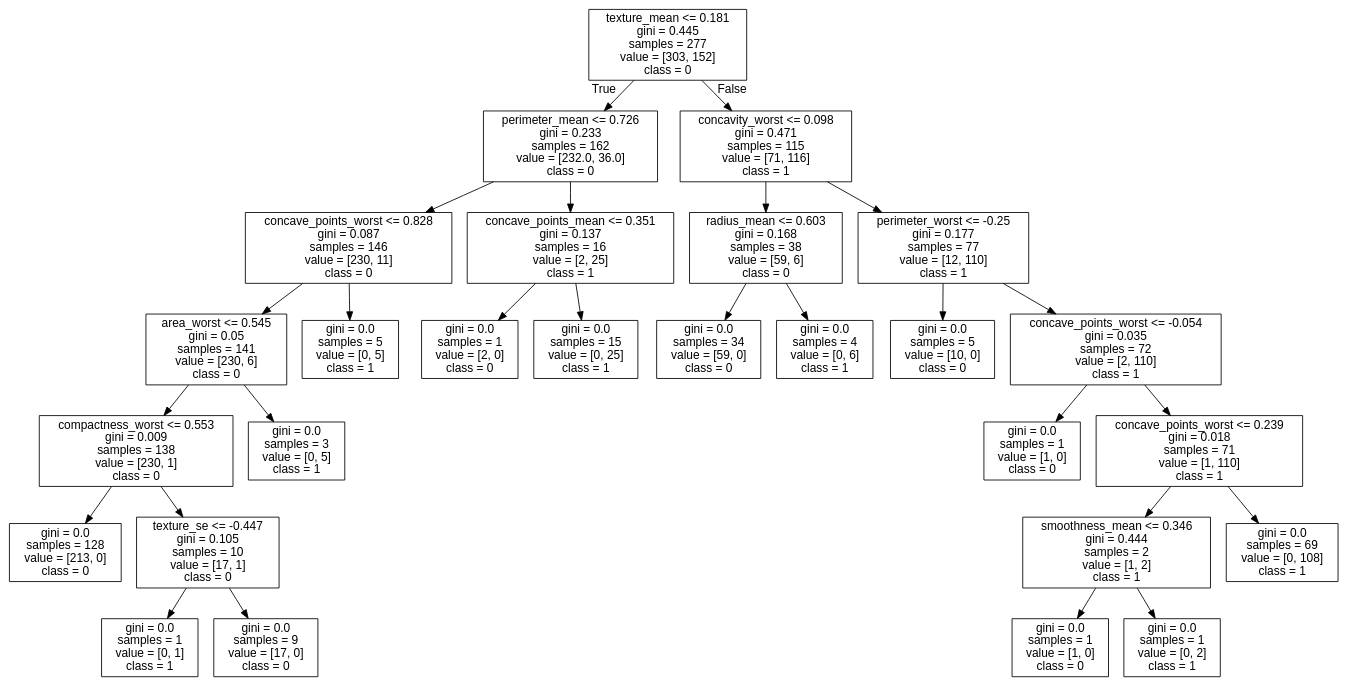
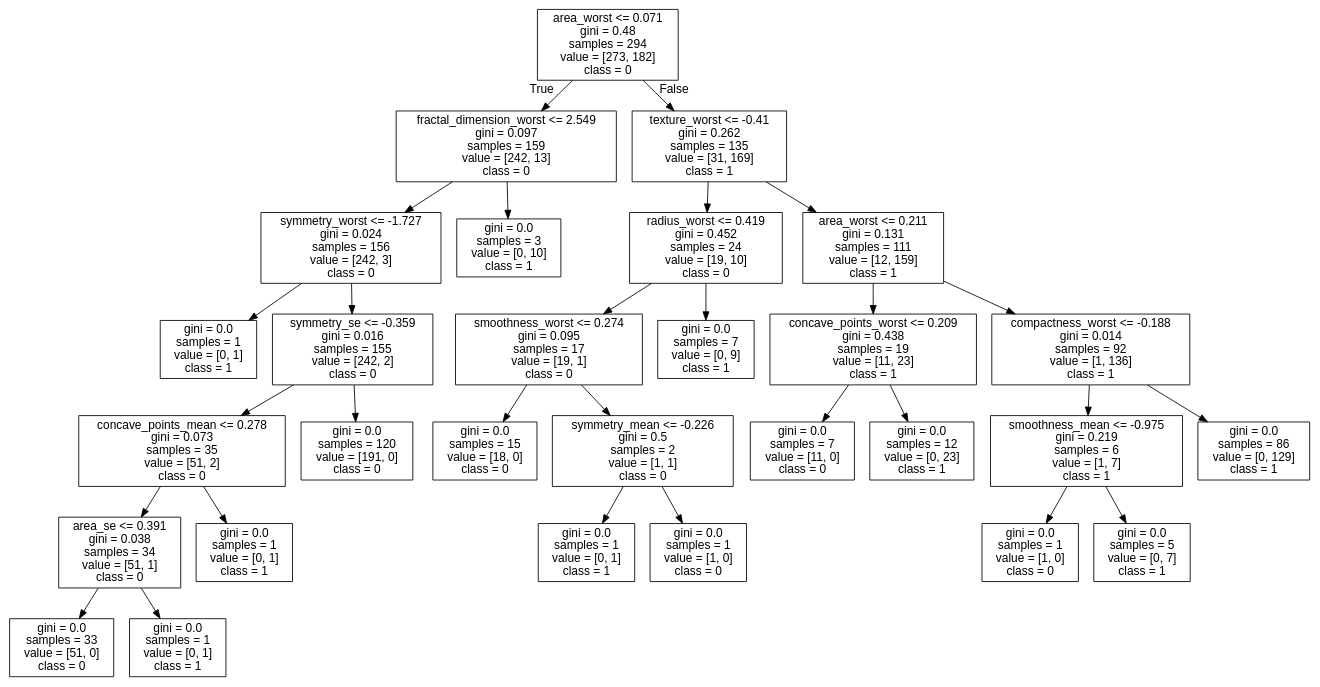
The diagram in demos/data/breast-cancer/tree.dot (cyrilvincent/AI), drawn with Graphviz before and after one commit. The commit also changed 15 other files, not shown here.

```diff
--- a/demos/data/breast-cancer/tree.dot
+++ b/demos/data/breast-cancer/tree.dot
@@ -1,57 +1,61 @@
 digraph Tree {
 node [shape=box, fontname="helvetica"] ;
 edge [fontname="helvetica"] ;
-0 [label="texture_mean <= 0.181\ngini = 0.445\nsamples = 277\nvalue = [303, 152]\nclass = 0"] ;
-1 [label="perimeter_mean <= 0.726\ngini = 0.233\nsamples = 162\nvalue = [232.0, 36.0]\nclass = 0"] ;
+0 [label="area_worst <= 0.071\ngini = 0.48\nsamples = 294\nvalue = [273, 182]\nclass = 0"] ;
+1 [label="fractal_dimension_worst <= 2.549\ngini = 0.097\nsamples = 159\nvalue = [242, 13]\nclass = 0"] ;
 0 -> 1 [labeldistance=2.5, labelangle=45, headlabel="True"] ;
-2 [label="concave_points_worst <= 0.828\ngini = 0.087\nsamples = 146\nvalue = [230, 11]\nclass = 0"] ;
+2 [label="symmetry_worst <= -1.727\ngini = 0.024\nsamples = 156\nvalue = [242, 3]\nclass = 0"] ;
 1 -> 2 ;
-3 [label="area_worst <= 0.545\ngini = 0.05\nsamples = 141\nvalue = [230, 6]\nclass = 0"] ;
+3 [label="gini = 0.0\nsamples = 1\nvalue = [0, 1]\nclass = 1"] ;
 2 -> 3 ;
-4 [label="compactness_worst <= 0.553\ngini = 0.009\nsamples = 138\nvalue = [230, 1]\nclass = 0"] ;
-3 -> 4 ;
-5 [label="gini = 0.0\nsamples = 128\nvalue = [213, 0]\nclass = 0"] ;
+4 [label="symmetry_se <= -0.359\ngini = 0.016\nsamples = 155\nvalue = [242, 2]\nclass = 0"] ;
+2 -> 4 ;
+5 [label="concave_points_mean <= 0.278\ngini = 0.073\nsamples = 35\nvalue = [51, 2]\nclass = 0"] ;
 4 -> 5 ;
-6 [label="texture_se <= -0.447\ngini = 0.105\nsamples = 10\nvalue = [17, 1]\nclass = 0"] ;
-4 -> 6 ;
-7 [label="gini = 0.0\nsamples = 1\nvalue = [0, 1]\nclass = 1"] ;
+6 [label="area_se <= 0.391\ngini = 0.038\nsamples = 34\nvalue = [51, 1]\nclass = 0"] ;
+5 -> 6 ;
+7 [label="gini = 0.0\nsamples = 33\nvalue = [51, 0]\nclass = 0"] ;
 6 -> 7 ;
-8 [label="gini = 0.0\nsamples = 9\nvalue = [17, 0]\nclass = 0"] ;
+8 [label="gini = 0.0\nsamples = 1\nvalue = [0, 1]\nclass = 1"] ;
 6 -> 8 ;
-9 [label="gini = 0.0\nsamples = 3\nvalue = [0, 5]\nclass = 1"] ;
-3 -> 9 ;
-10 [label="gini = 0.0\nsamples = 5\nvalue = [0, 5]\nclass = 1"] ;
-2 -> 10 ;
-11 [label="concave_points_mean <= 0.351\ngini = 0.137\nsamples = 16\nvalue = [2, 25]\nclass = 1"] ;
+9 [label="gini = 0.0\nsamples = 1\nvalue = [0, 1]\nclass = 1"] ;
+5 -> 9 ;
+10 [label="gini = 0.0\nsamples = 120\nvalue = [191, 0]\nclass = 0"] ;
+4 -> 10 ;
+11 [label="gini = 0.0\nsamples = 3\nvalue = [0, 10]\nclass = 1"] ;
 1 -> 11 ;
-12 [label="gini = 0.0\nsamples = 1\nvalue = [2, 0]\nclass = 0"] ;
-11 -> 12 ;
-13 [label="gini = 0.0\nsamples = 15\nvalue = [0, 25]\nclass = 1"] ;
-11 -> 13 ;
-14 [label="concavity_worst <= 0.098\ngini = 0.471\nsamples = 115\nvalue = [71, 116]\nclass = 1"] ;
-0 -> 14 [labeldistance=2.5, labelangle=-45, headlabel="False"] ;
-15 [label="radius_mean <= 0.603\ngini = 0.168\nsamples = 38\nvalue = [59, 6]\nclass = 0"] ;
+12 [label="texture_worst <= -0.41\ngini = 0.262\nsamples = 135\nvalue = [31, 169]\nclass = 1"] ;
+0 -> 12 [labeldistance=2.5, labelangle=-45, headlabel="False"] ;
+13 [label="radius_worst <= 0.419\ngini = 0.452\nsamples = 24\nvalue = [19, 10]\nclass = 0"] ;
+12 -> 13 ;
+14 [label="smoothness_worst <= 0.274\ngini = 0.095\nsamples = 17\nvalue = [19, 1]\nclass = 0"] ;
+13 -> 14 ;
+15 [label="gini = 0.0\nsamples = 15\nvalue = [18, 0]\nclass = 0"] ;
 14 -> 15 ;
-16 [label="gini = 0.0\nsamples = 34\nvalue = [59, 0]\nclass = 0"] ;
-15 -> 16 ;
-17 [label="gini = 0.0\nsamples = 4\nvalue = [0, 6]\nclass = 1"] ;
-15 -> 17 ;
-18 [label="perimeter_worst <= -0.25\ngini = 0.177\nsamples = 77\nvalue = [12, 110]\nclass = 1"] ;
-14 -> 18 ;
-19 [label="gini = 0.0\nsamples = 5\nvalue = [10, 0]\nclass = 0"] ;
-18 -> 19 ;
-20 [label="concave_points_worst <= -0.054\ngini = 0.035\nsamples = 72\nvalue = [2, 110]\nclass = 1"] ;
-18 -> 20 ;
-21 [label="gini = 0.0\nsamples = 1\nvalue = [1, 0]\nclass = 0"] ;
+16 [label="symmetry_mean <= -0.226\ngini = 0.5\nsamples = 2\nvalue = [1, 1]\nclass = 0"] ;
+14 -> 16 ;
+17 [label="gini = 0.0\nsamples = 1\nvalue = [0, 1]\nclass = 1"] ;
+16 -> 17 ;
+18 [label="gini = 0.0\nsamples = 1\nvalue = [1, 0]\nclass = 0"] ;
+16 -> 18 ;
+19 [label="gini = 0.0\nsamples = 7\nvalue = [0, 9]\nclass = 1"] ;
+13 -> 19 ;
+20 [label="area_worst <= 0.211\ngini = 0.131\nsamples = 111\nvalue = [12, 159]\nclass = 1"] ;
+12 -> 20 ;
+21 [label="concave_points_worst <= 0.209\ngini = 0.438\nsamples = 19\nvalue = [11, 23]\nclass = 1"] ;
 20 -> 21 ;
-22 [label="concave_points_worst <= 0.239\ngini = 0.018\nsamples = 71\nvalue = [1, 110]\nclass = 1"] ;
-20 -> 22 ;
-23 [label="smoothness_mean <= 0.346\ngini = 0.444\nsamples = 2\nvalue = [1, 2]\nclass = 1"] ;
-22 -> 23 ;
-24 [label="gini = 0.0\nsamples = 1\nvalue = [1, 0]\nclass = 0"] ;
-23 -> 24 ;
-25 [label="gini = 0.0\nsamples = 1\nvalue = [0, 2]\nclass = 1"] ;
-23 -> 25 ;
-26 [label="gini = 0.0\nsamples = 69\nvalue = [0, 108]\nclass = 1"] ;
-22 -> 26 ;
+22 [label="gini = 0.0\nsamples = 7\nvalue = [11, 0]\nclass = 0"] ;
+21 -> 22 ;
+23 [label="gini = 0.0\nsamples = 12\nvalue = [0, 23]\nclass = 1"] ;
+21 -> 23 ;
+24 [label="compactness_worst <= -0.188\ngini = 0.014\nsamples = 92\nvalue = [1, 136]\nclass = 1"] ;
+20 -> 24 ;
+25 [label="smoothness_mean <= -0.975\ngini = 0.219\nsamples = 6\nvalue = [1, 7]\nclass = 1"] ;
+24 -> 25 ;
+26 [label="gini = 0.0\nsamples = 1\nvalue = [1, 0]\nclass = 0"] ;
+25 -> 26 ;
+27 [label="gini = 0.0\nsamples = 5\nvalue = [0, 7]\nclass = 1"] ;
+25 -> 27 ;
+28 [label="gini = 0.0\nsamples = 86\nvalue = [0, 129]\nclass = 1"] ;
+24 -> 28 ;
 }
```
